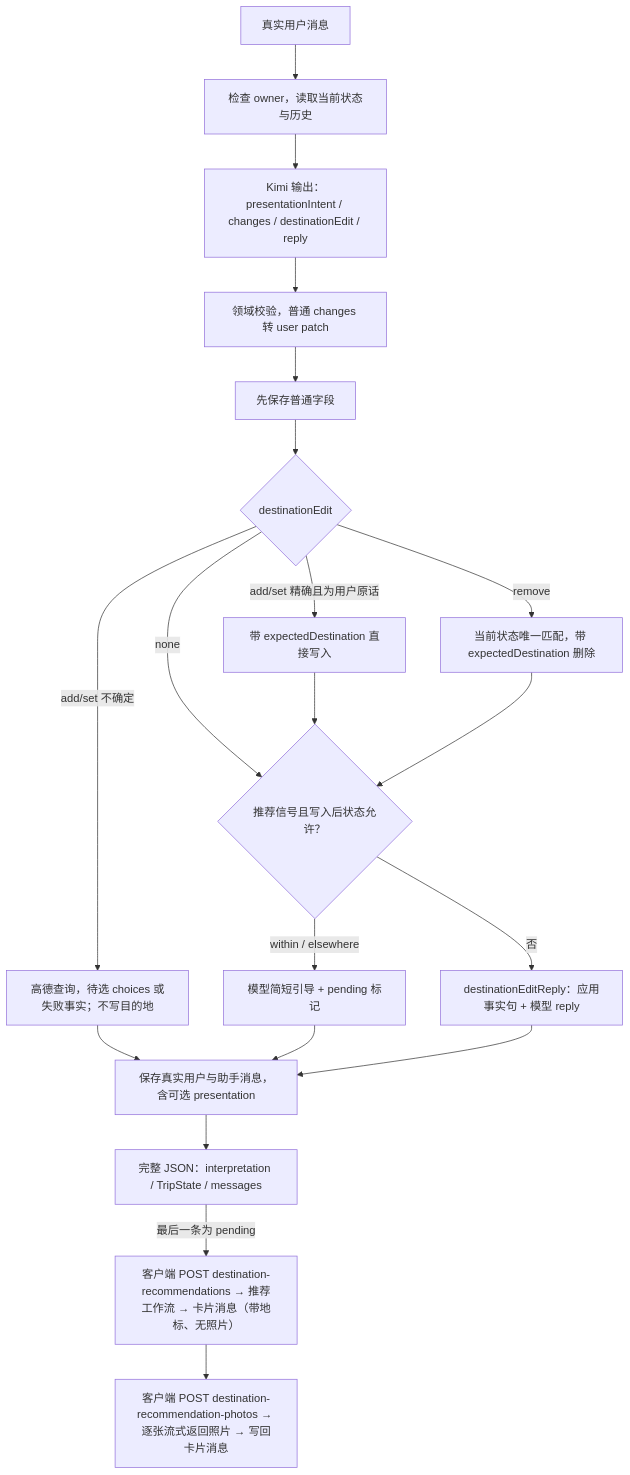
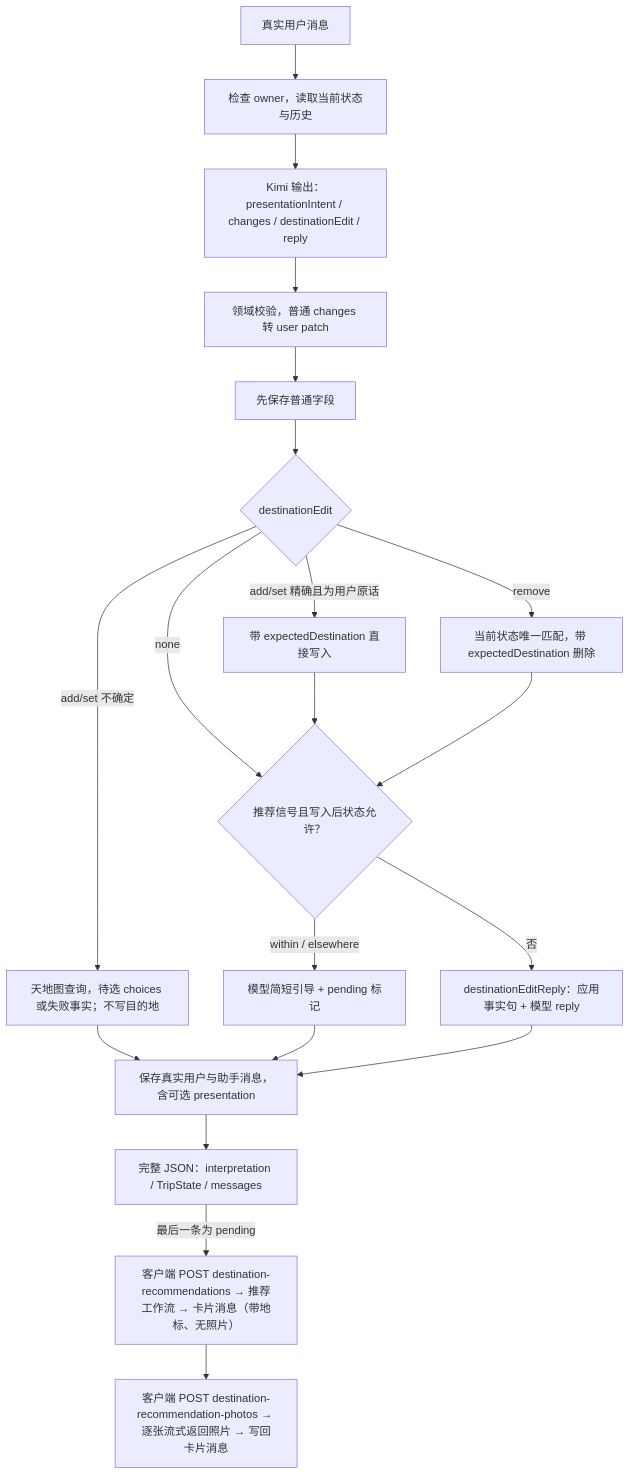
One commit to meiyulin22/Meri-Road-Trip changed the fourth of 6 diagrams in docs/ARCHITECTURE.md. Above: the diagram before and after it, drawn with Mermaid. The commit also changed other lines of this file and 61 other files, not shown here.

````diff
--- a/docs/ARCHITECTURE.md
+++ b/docs/ARCHITECTURE.md
@@ -184,22 +181,22 @@
 ```mermaid
 flowchart TD
   input[真实用户消息] --> load[检查 owner，读取当前状态与历史]
   load --> llm[Kimi 输出：presentationIntent / changes / destinationEdit / reply]
   llm --> validate[领域校验，普通 changes 转 user patch]
   validate --> save[先保存普通字段]
   save --> edit{destinationEdit}
   edit -->|add/set 精确且为用户原话| direct[带 expectedDestination 直接写入]
-  edit -->|add/set 不确定| offer[高德查询，待选 choices 或失败事实；不写目的地]
+  edit -->|add/set 不确定| offer[天地图查询，待选 choices 或失败事实；不写目的地]
   edit -->|remove| remove[当前状态唯一匹配，带 expectedDestination 删除]
   edit -->|none| eligible{推荐信号且写入后状态允许？}
   direct --> eligible
   remove --> eligible
   eligible -->|within / elsewhere| pending[模型简短引导 + pending 标记]
   eligible -->|否| reply[destinationEditReply：应用事实句 + 模型 reply]
   offer --> messages[保存真实用户与助手消息，含可选 presentation]
   pending --> messages
   reply --> messages
   messages --> response[完整 JSON：interpretation / TripState / messages]
   response -->|最后一条为 pending| cards[客户端 POST destination-recommendations → 推荐工作流 → 卡片消息（带地标、无照片）]
   cards --> photos[客户端 POST destination-recommendation-photos → 逐张流式返回照片 → 写回卡片消息]
 ```
````
